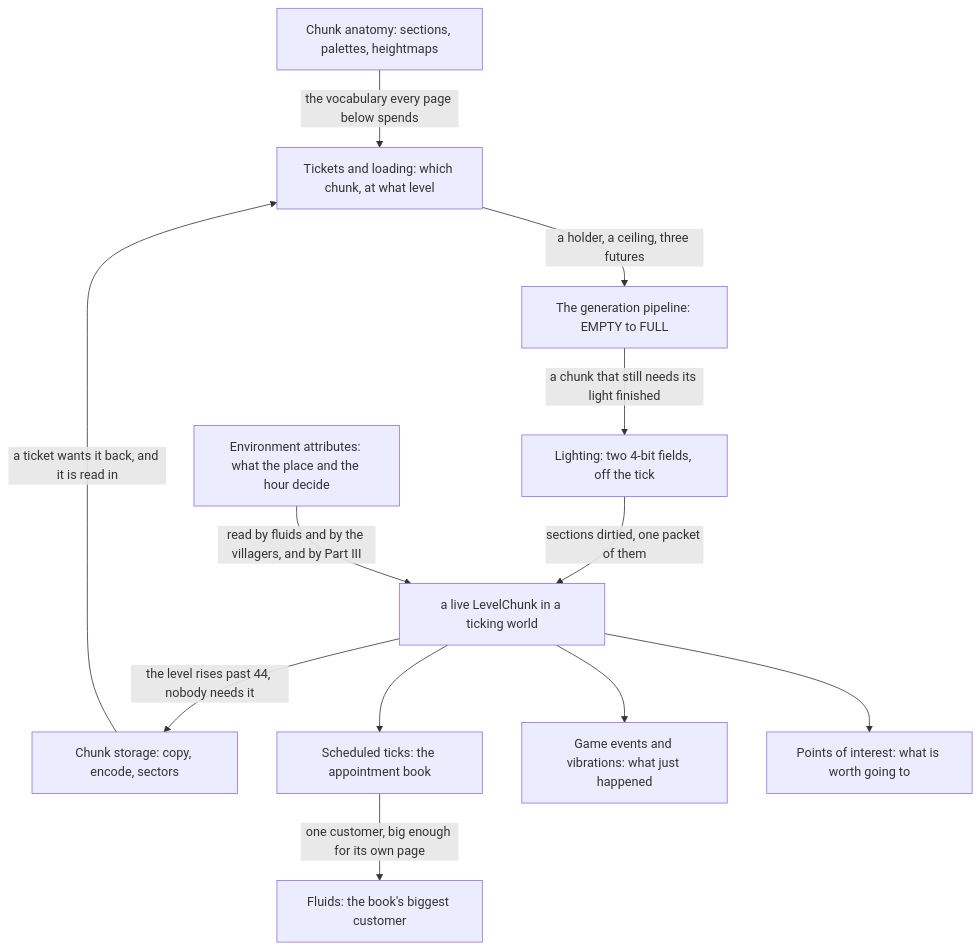
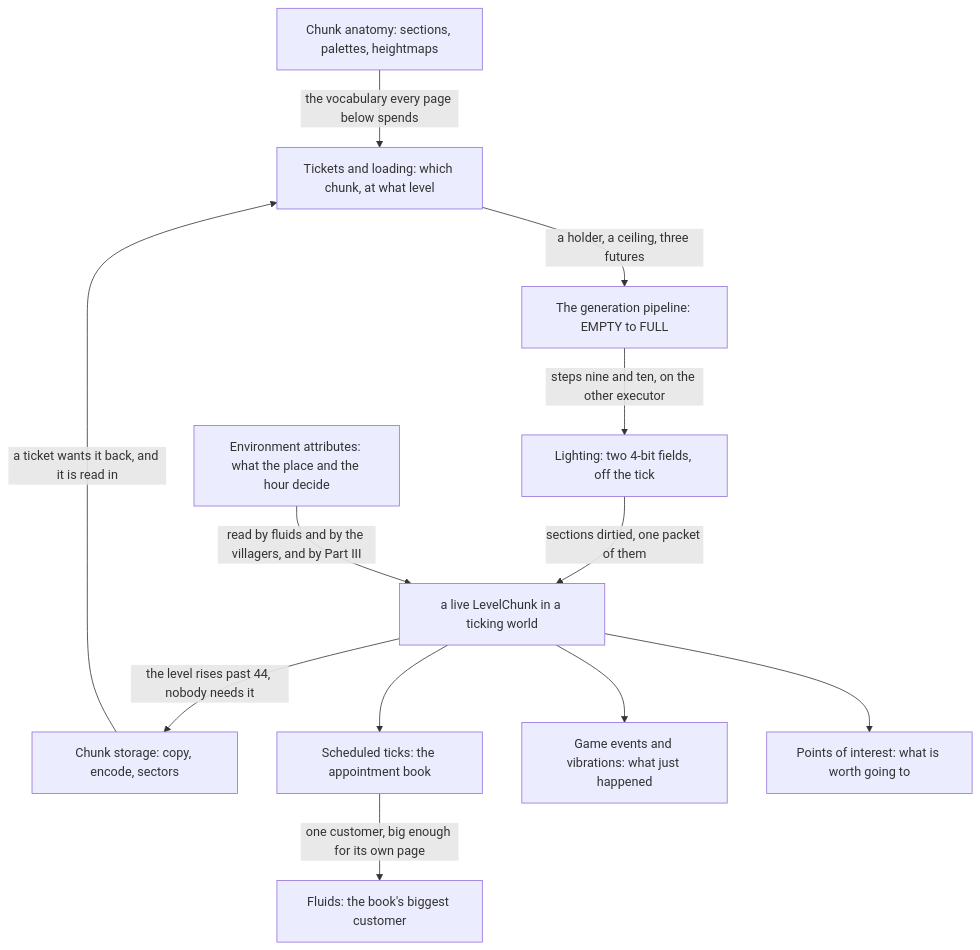
Before and after one commit to AlexanderjFraser/MinecraftDocs: the diagram in src/systems/world/README.md, drawn with Mermaid. The commit also changed other lines of this file and 22 other files, not shown here.

First line of the commit message:
pass 5, session D — Part IV: seven mechanisms cut to a citation, nine corrections at the seams, and a link gate that could not see half its links

````diff
--- a/src/systems/world/README.md
+++ b/src/systems/world/README.md
@@ -25,25 +26,25 @@
 ```mermaid
 flowchart TD
     CA["Chunk anatomy: sections, palettes, heightmaps"]
     TL["Tickets and loading: which chunk, at what level"]
     GP["The generation pipeline: EMPTY to FULL"]
     LI["Lighting: two 4-bit fields, off the tick"]
     CS["Chunk storage: copy, encode, sectors"]
     LC["a live LevelChunk in a ticking world"]
     EA["Environment attributes: what the place and the hour decide"]
     ST["Scheduled ticks: the appointment book"]
     FL["Fluids: the book's biggest customer"]
     GV["Game events and vibrations: what just happened"]
     PI["Points of interest: what is worth going to"]
     CA -- "the vocabulary every page below spends" --> TL
     TL -- "a holder, a ceiling, three futures" --> GP
-    GP -- "a chunk that still needs its light finished" --> LI
+    GP -- "steps nine and ten, on the other executor" --> LI
     LI -- "sections dirtied, one packet of them" --> LC
     LC -- "the level rises past 44, nobody needs it" --> CS
     CS -- "a ticket wants it back, and it is read in" --> TL
     LC --> ST
     ST -- "one customer, big enough for its own page" --> FL
     LC --> GV
     LC --> PI
     EA -- "read by fluids and by the villagers, and by Part III" --> LC
 ```
````
